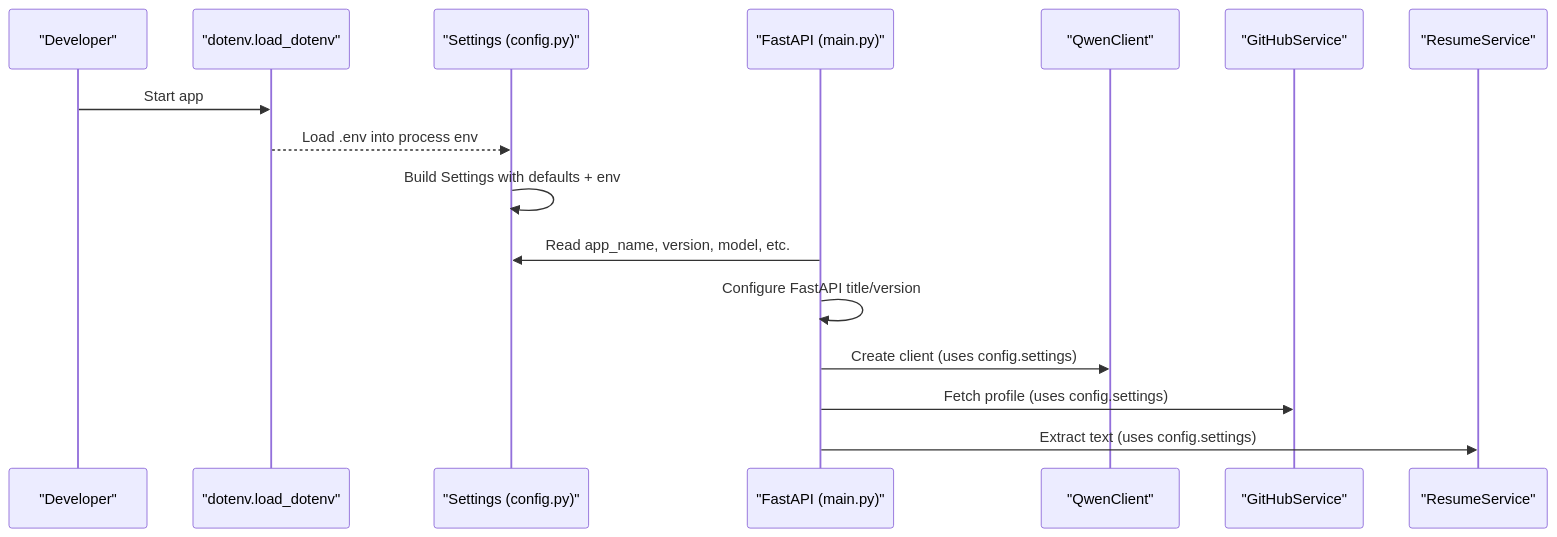
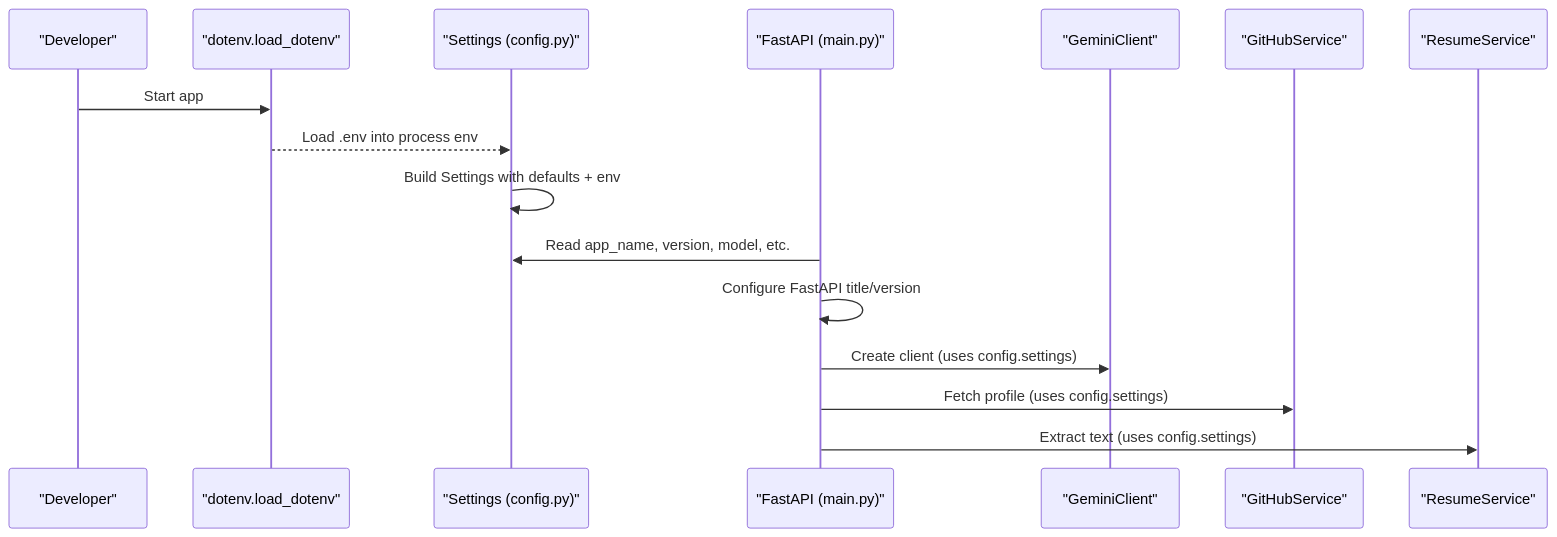
Before and after one commit to waqarimran342/CareerOS-AI: the second of 6 diagrams in .qoder/repowiki/en/content/External Integrations/Configuration Management.md, drawn with Mermaid. The commit also changed other lines of this file and 32 other files, not shown here.

````diff
--- a/.qoder/repowiki/en/content/External Integrations/Configuration Management.md
+++ b/.qoder/repowiki/en/content/External Integrations/Configuration Management.md
@@ -71,18 +79,18 @@
 ```mermaid
 sequenceDiagram
 participant Dev as "Developer"
 participant Dotenv as "dotenv.load_dotenv"
 participant Config as "Settings (config.py)"
 participant App as "FastAPI (main.py)"
-participant Qwen as "QwenClient"
+participant Gemini as "GeminiClient"
 participant GH as "GitHubService"
 participant Resume as "ResumeService"
 Dev->>Dotenv : Start app
 Dotenv-->>Config : Load .env into process env
 Config->>Config : Build Settings with defaults + env
 App->>Config : Read app_name, version, model, etc.
 App->>App : Configure FastAPI title/version
-App->>Qwen : Create client (uses config.settings)
+App->>Gemini : Create client (uses config.settings)
 App->>GH : Fetch profile (uses config.settings)
 App->>Resume : Extract text (uses config.settings)
 ```
````
